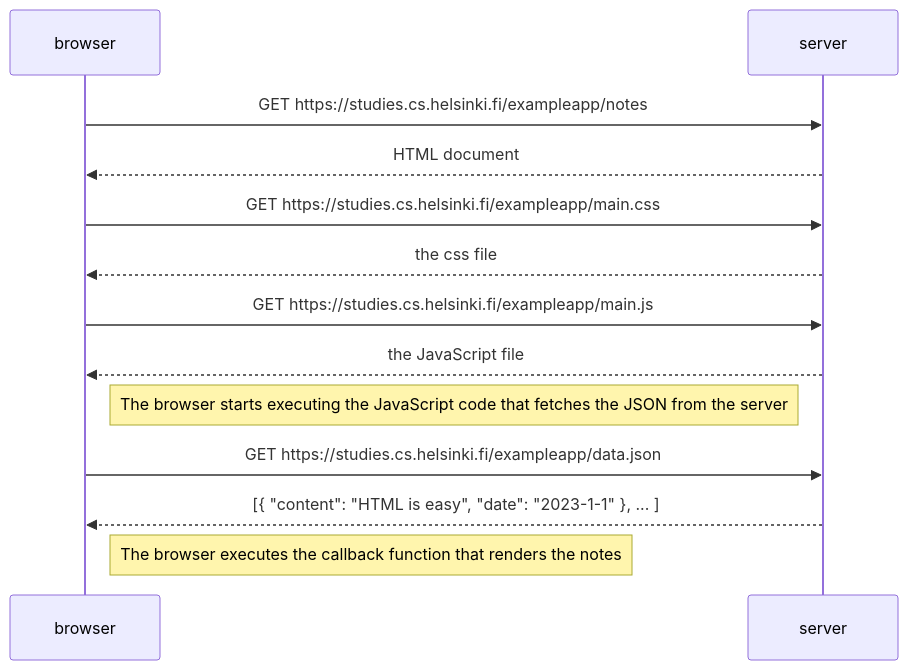
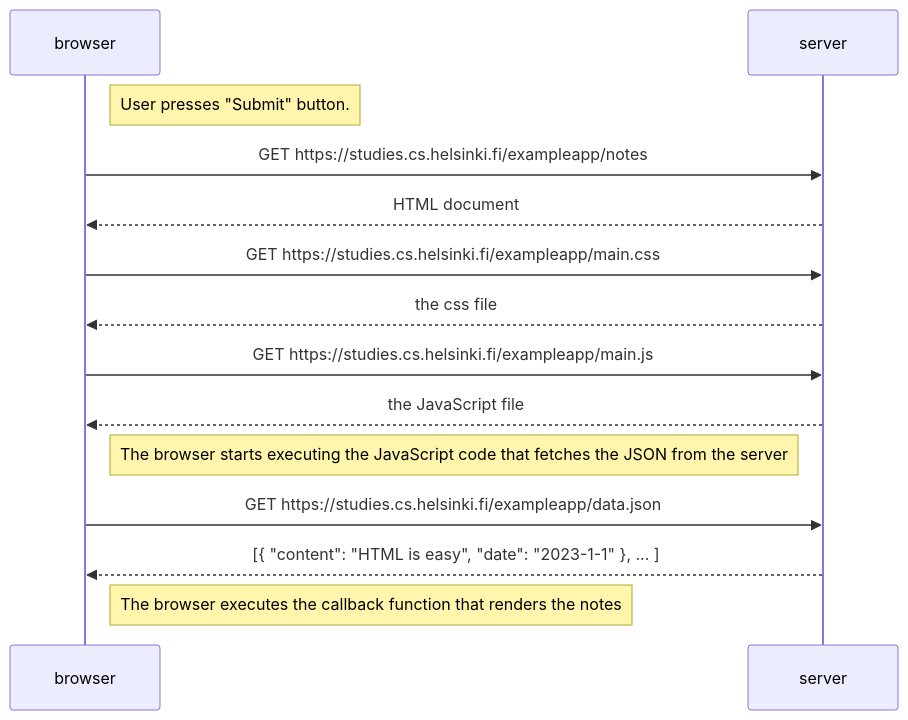
One commit to szmaragdynia/FullstackLearning changed the diagram in part0/excercise0-4.md. Above: the diagram before and after it, drawn with Mermaid.

Commit message:
Testing mermaid comments

````diff
--- a/part0/excercise0-4.md
+++ b/part0/excercise0-4.md
@@ -1,20 +1,21 @@
 ```mermaid
 sequenceDiagram
-    
+    Note right of browser: User presses "Submit" button.
+
     browser->>server: GET https://studies.cs.helsinki.fi/exampleapp/notes
     server-->>browser: HTML document
     
     browser->>server: GET https://studies.cs.helsinki.fi/exampleapp/main.css
     server-->>browser: the css file
     
     browser->>server: GET https://studies.cs.helsinki.fi/exampleapp/main.js
     server-->>browser: the JavaScript file
     
     Note right of browser: The browser starts executing the JavaScript code that fetches the JSON from the server
     
     browser->>server: GET https://studies.cs.helsinki.fi/exampleapp/data.json
     server-->>browser: [{ "content": "HTML is easy", "date": "2023-1-1" }, ... ]
 
     Note right of browser: The browser executes the callback function that renders the notes
     
 ```
````
